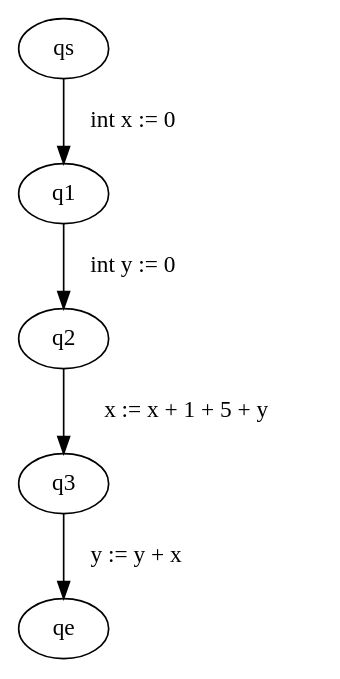
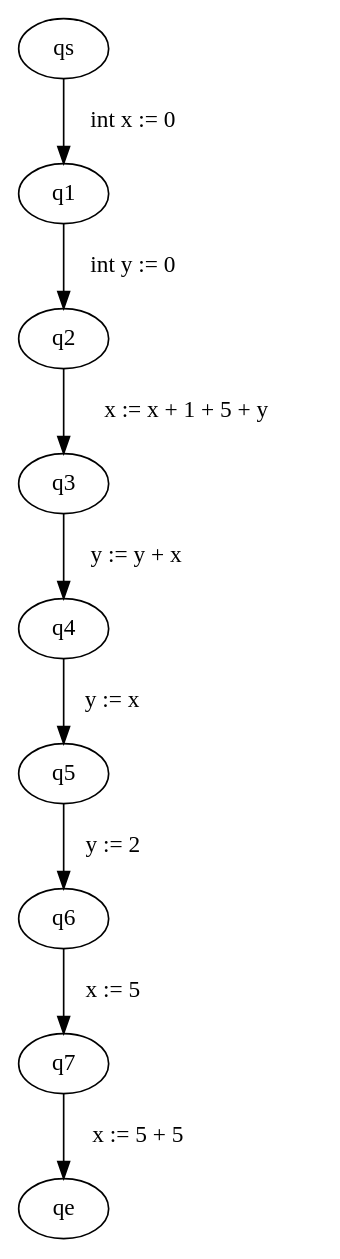
The diagram in src/main/java/graphviz/input.dot (FloKes/ProgramAnalysis), drawn with Graphviz before and after one commit. The commit also changed 2 other files, not shown here.

```diff
--- a/src/main/java/graphviz/input.dot
+++ b/src/main/java/graphviz/input.dot
@@ -1,6 +1,10 @@
 digraph ProgramGraph{
 "qs" -> "q1" [label="  int x := 0   "] 
 "q1" -> "q2" [label="  int y := 0   "] 
 "q2" -> "q3" [label="  x := x + 1 + 5 + y   "] 
-"q3" -> "qe" [label="  y := y + x   "] 
+"q3" -> "q4" [label="  y := y + x   "] 
+"q4" -> "q5" [label="  y := x   "] 
+"q5" -> "q6" [label="  y := 2   "] 
+"q6" -> "q7" [label="  x := 5   "] 
+"q7" -> "qe" [label="  x := 5 + 5   "] 
 }
```
